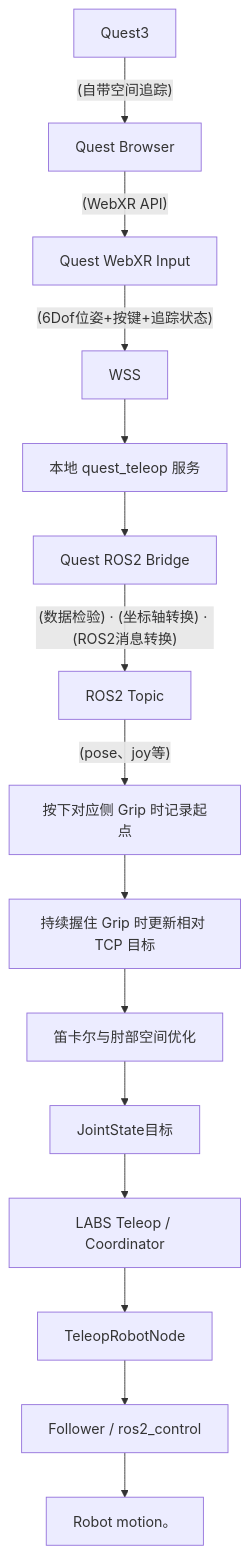
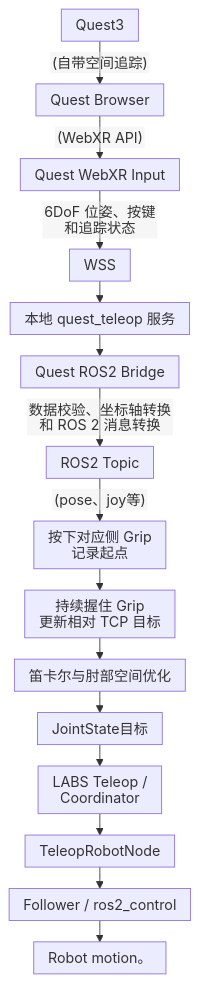
Before and after one commit to YYxzz8866/Quest-Proposal: the fifth of 7 diagrams in Quest.md, drawn with Mermaid. The commit also changed other lines of this file and 9 other files, not shown here.

````diff
--- a/Quest.md
+++ b/Quest.md
@@ -499,32 +503,33 @@
 ```mermaid
+%%{init: {"htmlLabels": false, "flowchart": {"htmlLabels": false, "useMaxWidth": true, "nodeSpacing": 16, "rankSpacing": 24, "padding": 8}}}%%
 flowchart TD
     N0["Quest3"]
     N0 -->|"(自带空间追踪)"| N1
     N1["Quest Browser"]
     N1 -->|"(WebXR API)"| N2
     N2["Quest WebXR Input"]
-    N2 -->|"(6Dof位姿+按键+追踪状态)"| N3
+    N2 -->|"6DoF 位姿、按键<br/>和追踪状态"| N3
     N3["WSS"]
     N3 --> N4
     N4["本地 quest_teleop 服务"]
     N4 --> N5
     N5["Quest ROS2 Bridge"]
-    N5 -->|"(数据检验) · (坐标轴转换) · (ROS2消息转换)"| N6
+    N5 -->|"数据校验、坐标轴转换<br/>和 ROS 2 消息转换"| N6
     N6["ROS2 Topic"]
     N6 -->|"(pose、joy等)"| N7
-    N7["按下对应侧 Grip 时记录起点"]
+    N7["按下对应侧 Grip<br/>记录起点"]
     N7 --> N8
-    N8["持续握住 Grip 时更新相对 TCP 目标"]
+    N8["持续握住 Grip<br/>更新相对 TCP 目标"]
     N8 --> N9
     N9["笛卡尔与肘部空间优化"]
     N9 --> N10
     N10["JointState目标"]
     N10 --> N11
     N11["LABS Teleop / Coordinator"]
     N11 --> N12
     N12["TeleopRobotNode"]
     N12 --> N13
     N13["Follower / ros2_control"]
     N13 --> N14
     N14["Robot motion。"]
 ```
````
